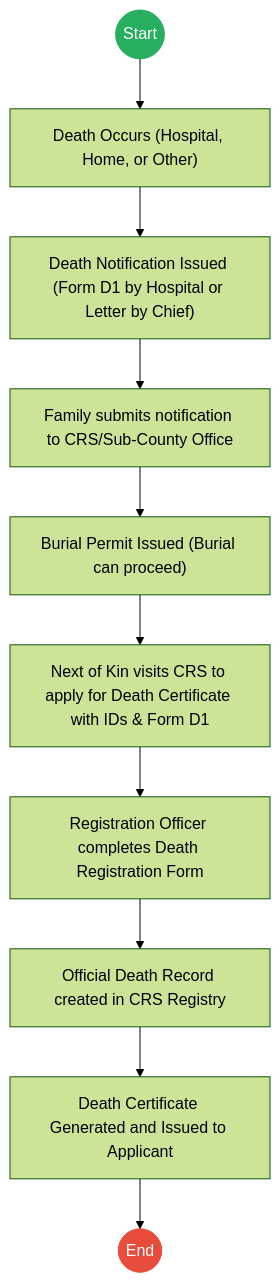
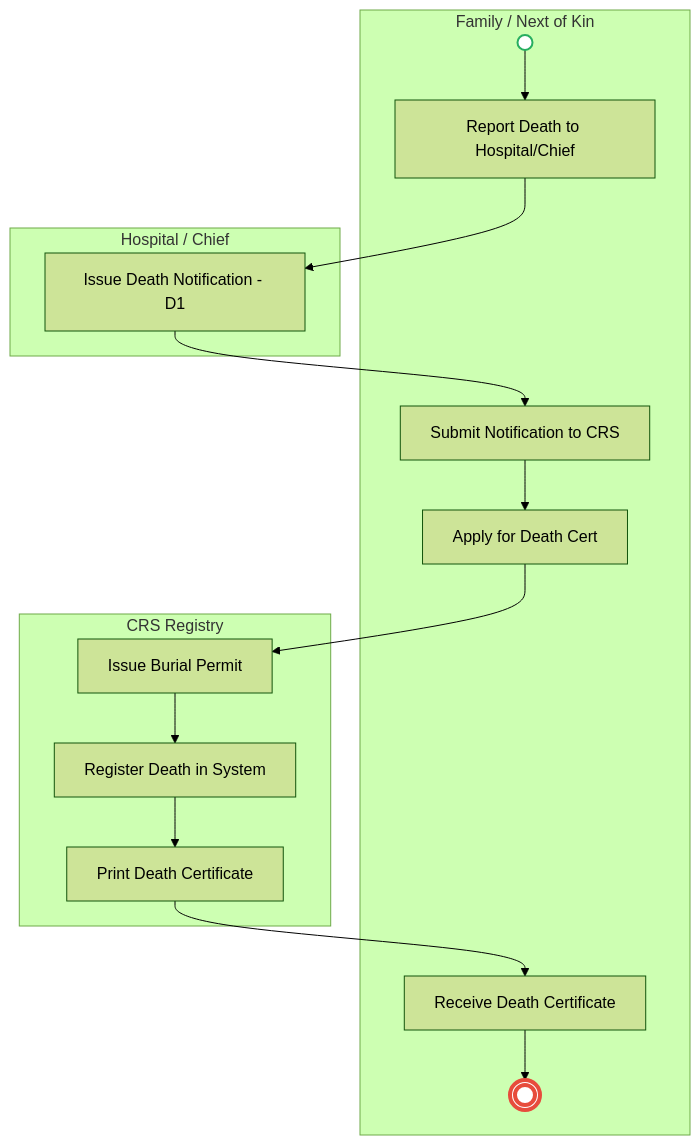
The third of 4 diagrams in mdas/docs_final/_CIVIL_REGISTRATION_SERVICES_CRS____Service_Delivery.md (BITZ-IT-Consulting-LTD/ictapoc), drawn with Mermaid (forest theme) before and after one commit. The commit also changed other lines of this file and 2 other files, not shown here.

````diff
--- a/mdas/docs_final/_CIVIL_REGISTRATION_SERVICES_CRS____Service_Delivery.md
+++ b/mdas/docs_final/_CIVIL_REGISTRATION_SERVICES_CRS____Service_Delivery.md
@@ -79,17 +94,23 @@
 ```mermaid
-graph TD
-    Start((Start)) --> S1
-    S1["Death Occurs (Hospital, Home, or Other)"] --> S2
-    S2["Death Notification Issued (Form D1 by Hospital or Letter by Chief)"] --> S3
-    S3["Family submits notification to CRS/Sub-County Office"] --> S4
-    S4["Burial Permit Issued (Burial can proceed)"] --> S5
-    S5["Next of Kin visits CRS to apply for Death Certificate with IDs & Form D1"] --> S6
-    S6["Registration Officer completes Death Registration Form"] --> S7
-    S7["Official Death Record created in CRS Registry"] --> S8
-    S8["Death Certificate Generated and Issued to Applicant"] --> End((End))
+flowchart TD
+    subgraph Family["Family / Next of Kin"]
+        Start(( )) --> F1[Report Death to Hospital/Chief]
+        F3[Submit Notification to CRS] --> F4[Apply for Death Cert]
+        F8[Receive Death Certificate] --> End((( )))
+    end
 
-    classDef start fill:#27ae60,stroke:#27ae60,color:#fff;
-    classDef endNode fill:#e74c3c,stroke:#e74c3c,color:#fff;
-    class Start start;
-    class End endNode;
+    subgraph Agency["Hospital / Chief"]
+        F1 --> A1[Issue Death Notification - D1]
+    end
+
+    subgraph CRS["CRS Registry"]
+        A1 --> F3
+        F4 --> C1[Issue Burial Permit]
+        C1 --> C2[Register Death in System]
+        C2 --> C3[Print Death Certificate]
+        C3 --> F8
+    end
+
+    style Start fill:#fff,stroke:#27ae60,stroke-width:2px
+    style End fill:#fff,stroke:#e74c3c,stroke-width:4px
 ```
````
